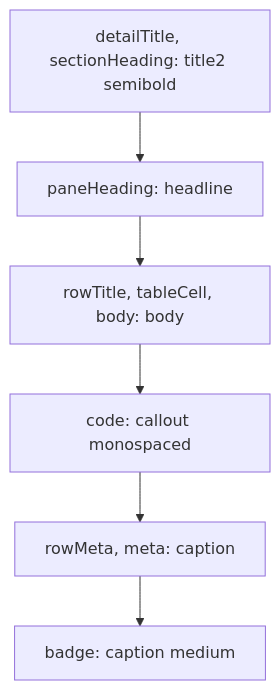
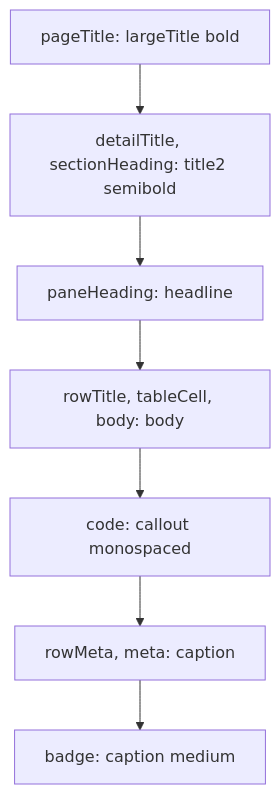
Before and after one commit to bojanrajkovic/hermes: the diagram in plans/design-system.md, drawn with Mermaid. The commit also changed other lines of this file and 24 other files, not shown here.

````diff
--- a/plans/design-system.md
+++ b/plans/design-system.md
@@ -37,8 +36,9 @@
 ```mermaid
 graph TD
+    P["pageTitle: largeTitle bold"] --> A
     A["detailTitle, sectionHeading: title2 semibold"] --> B["paneHeading: headline"]
     B --> C["rowTitle, tableCell, body: body"]
     C --> D["code: callout monospaced"]
     D --> E["rowMeta, meta: caption"]
     E --> F["badge: caption medium"]
 ```
````
